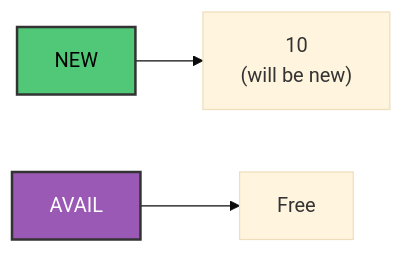
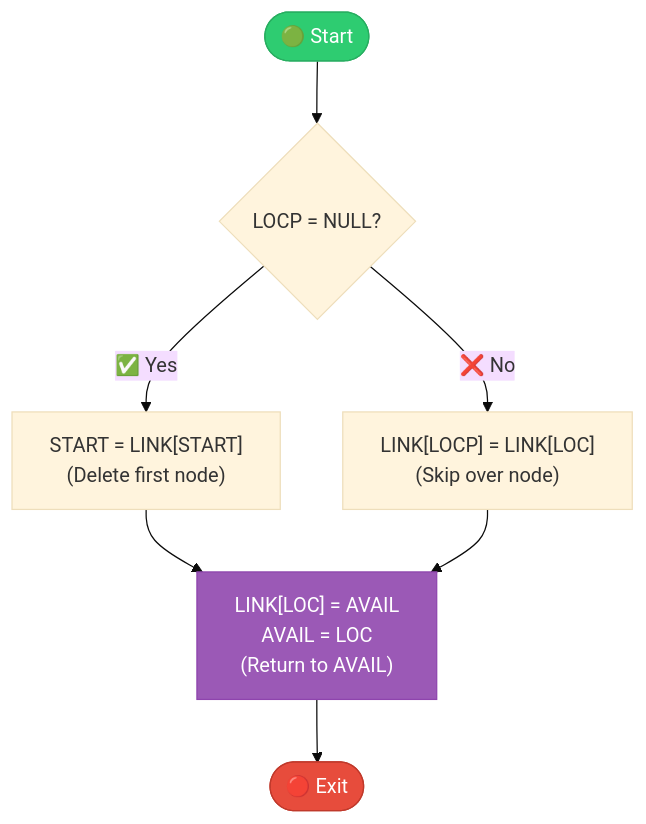
Diagram 19 of 27 in Chapter 5 - Linked Lists/README.md (M-F-Tushar/CSE-2101-Data-Structure), drawn with Mermaid (base theme) before and after one commit. The commit also changed other lines of this file, not shown here.

````diff
--- a/Chapter 5 - Linked Lists/README.md
+++ b/Chapter 5 - Linked Lists/README.md
@@ -1408,8 +766,13 @@
 ```mermaid
-graph LR
-    NEW["NEW"] --> F1["10<br/>(will be new)"]
-    AVAIL["AVAIL"] --> F2["Free"]
+flowchart TD
+    START([🟢 Start]) --> CHK{"LOCP = NULL?"}
+    CHK -->|✅ Yes| FIRST["START = LINK[START]<br/>(Delete first node)"]
+    CHK -->|❌ No| OTHER["LINK[LOCP] = LINK[LOC]<br/>(Skip over node)"]
+    FIRST --> RETURN["LINK[LOC] = AVAIL<br/>AVAIL = LOC<br/>(Return to AVAIL)"]
+    OTHER --> RETURN
+    RETURN --> EXIT([🔴 Exit])
     
-    style NEW fill:#50C878,stroke:#333,stroke-width:2px,color:#000
-    style AVAIL fill:#9B59B6,stroke:#333,stroke-width:2px,color:#fff
+    style START fill:#2ecc71,stroke:#27ae60,color:#fff
+    style EXIT fill:#e74c3c,stroke:#c0392b,color:#fff
+    style RETURN fill:#9b59b6,stroke:#8e44ad,color:#fff
 ```
````
